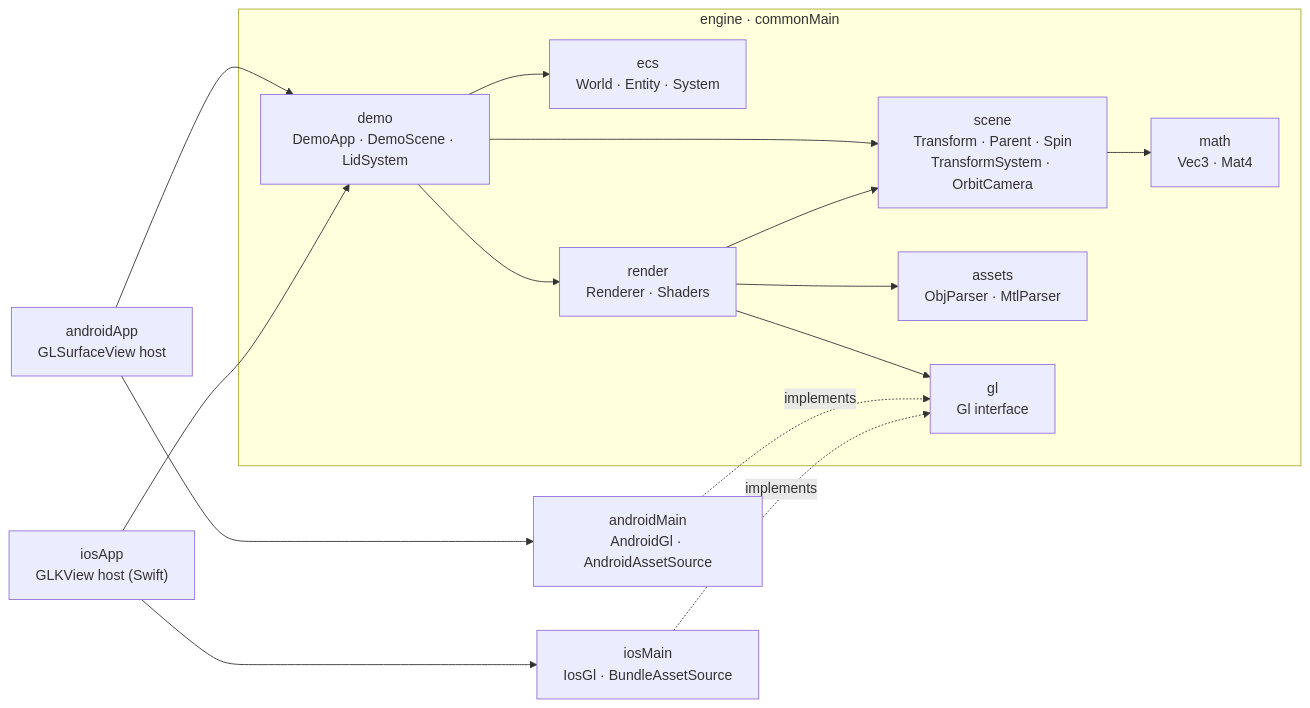
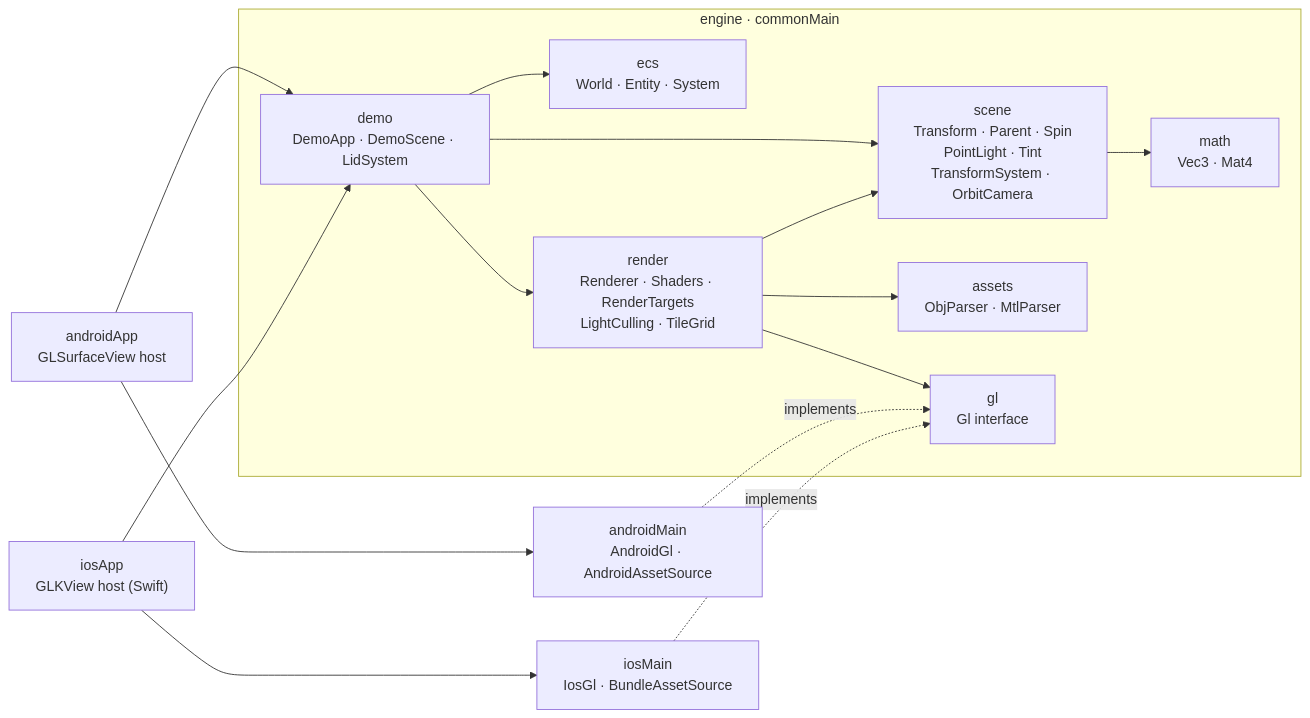
One commit to rstanic12/kmp-gl-renderer changed the second of 2 diagrams in README.md. Above: the diagram before and after it, drawn with Mermaid. The commit also changed other lines of this file and 38 other files, not shown here.

````diff
--- a/README.md
+++ b/README.md
@@ -28,24 +79,24 @@
 ```mermaid
 flowchart LR
     subgraph common["engine · commonMain"]
         demo["demo<br/>DemoApp · DemoScene · LidSystem"]
         ecs["ecs<br/>World · Entity · System"]
-        scene["scene<br/>Transform · Parent · Spin<br/>TransformSystem · OrbitCamera"]
-        render["render<br/>Renderer · Shaders"]
+        scene["scene<br/>Transform · Parent · Spin<br/>PointLight · Tint<br/>TransformSystem · OrbitCamera"]
+        render["render<br/>Renderer · Shaders · RenderTargets<br/>LightCulling · TileGrid"]
         assets["assets<br/>ObjParser · MtlParser"]
         gl["gl<br/>Gl interface"]
         math["math<br/>Vec3 · Mat4"]
     end
     android["androidMain<br/>AndroidGl · AndroidAssetSource"]
     ios["iosMain<br/>IosGl · BundleAssetSource"]
     aapp["androidApp<br/>GLSurfaceView host"]
     iapp["iosApp<br/>GLKView host (Swift)"]
 
     demo --> ecs & scene & render
     render --> assets & gl & scene
     scene --> math
     android -. implements .-> gl
     ios -. implements .-> gl
     aapp --> demo & android
     iapp --> demo & ios
 ```
````
